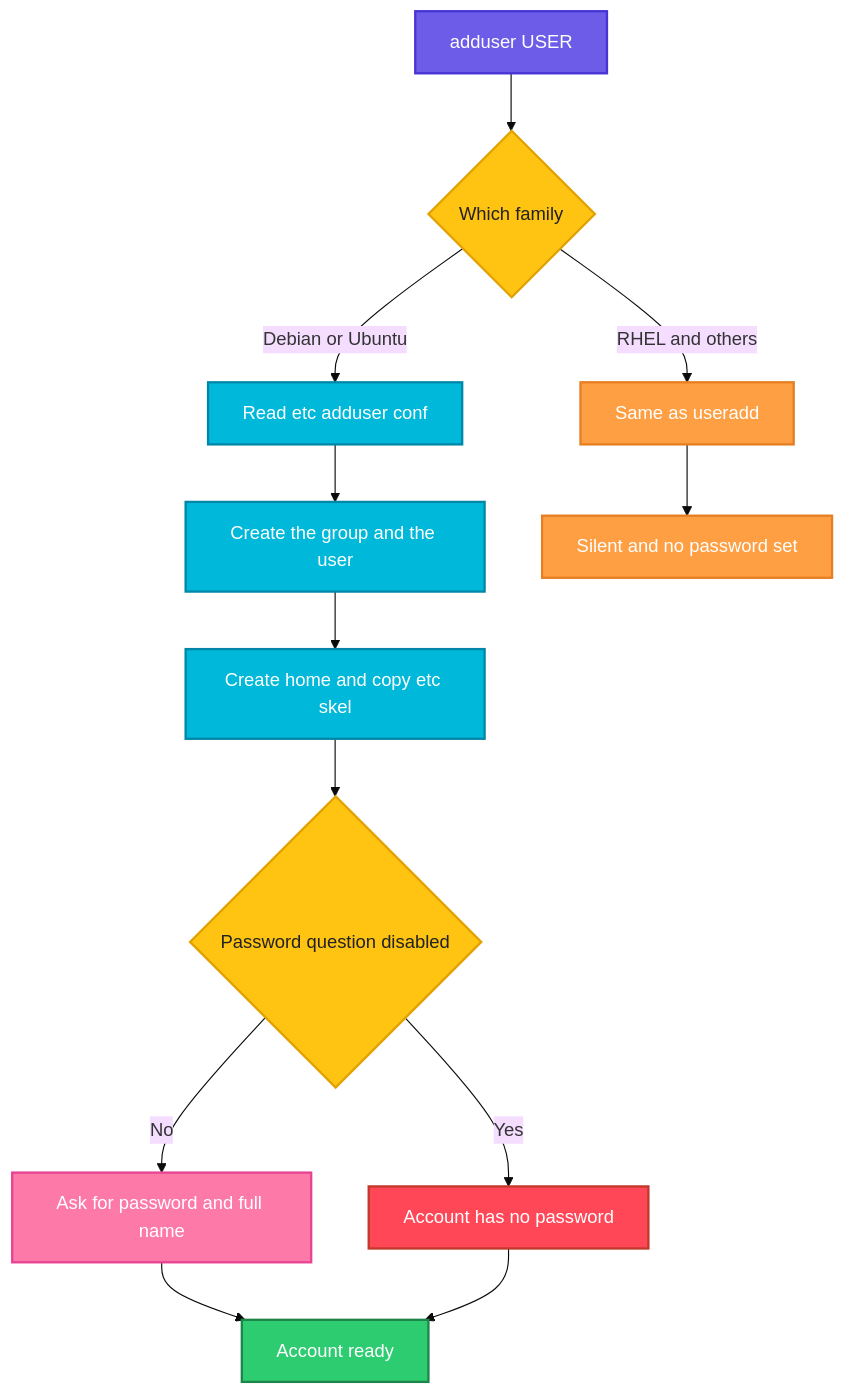
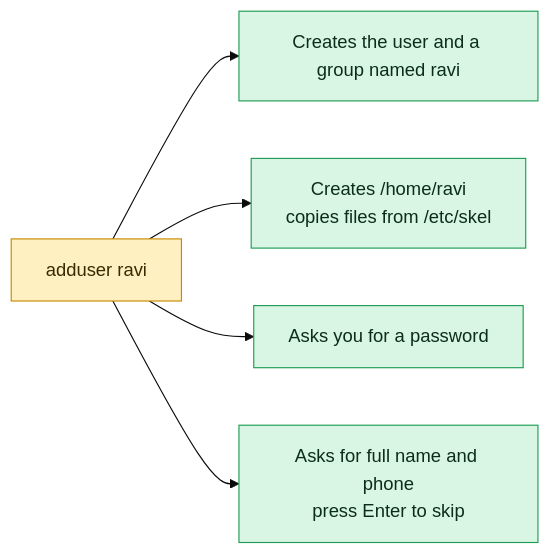
One commit to codeKerdosTech/DevOps-Documentation changed the diagram in linux/user-management/adduser.md. Above: the diagram before and after it, drawn with Mermaid (base theme). The commit also changed other lines of this file and 165 other files, not shown here.

Commit message:
updated diagrams in linux

````diff
--- a/linux/user-management/adduser.md
+++ b/linux/user-management/adduser.md
@@ -49,28 +49,14 @@
 ```mermaid
-flowchart TD
-    A[adduser USER] --> B{Which family}
-    B -->|Debian or Ubuntu| C[Read etc adduser conf]
-    B -->|RHEL and others| D[Same as useradd]
-    C --> E[Create the group and the user]
-    E --> F[Create home and copy etc skel]
-    F --> G{Password question disabled}
-    G -->|No| H[Ask for password and full name]
-    G -->|Yes| I[Account has no password]
-    H --> J[Account ready]
-    I --> J
-    D --> K[Silent and no password set]
-    classDef start fill:#6C5CE7,stroke:#4834D4,stroke-width:2px,color:#fff
-    classDef proc fill:#00B8D9,stroke:#0087A8,stroke-width:2px,color:#fff
-    classDef dec fill:#FFC312,stroke:#E1A100,stroke-width:2px,color:#222
-    classDef ok fill:#2ECC71,stroke:#1E8449,stroke-width:2px,color:#fff
-    classDef err fill:#FF4757,stroke:#C0392B,stroke-width:2px,color:#fff
-    classDef out fill:#FD79A8,stroke:#E84393,stroke-width:2px,color:#fff
-    classDef alt fill:#FF9F43,stroke:#E67E22,stroke-width:2px,color:#fff
-    class A start
-    class B,G dec
-    class C,E,F proc
-    class D,K alt
-    class H out
-    class I err
-    class J ok
+flowchart LR
+    c1[adduser ravi] --> o1[Creates the user and a group named ravi]
+    c1 --> o2[Creates /home/ravi<br/>copies files from /etc/skel]
+    c1 --> o3[Asks you for a password]
+    c1 --> o4[Asks for full name and phone<br/>press Enter to skip]
+    classDef inp fill:#DCEBFF,stroke:#2F6FDE,color:#10213F
+    classDef cmd fill:#FFF0C2,stroke:#C98A00,color:#3A2A00
+    classDef out fill:#D9F5E3,stroke:#1F9D55,color:#0B2E1A
+    classDef bad fill:#FDE0E0,stroke:#D13B3B,color:#4A0F0F
+    classDef note fill:#ECEFF3,stroke:#7B8794,color:#1F2933
+    class c1 cmd
+    class o1,o2,o3,o4 out
 ```
````
